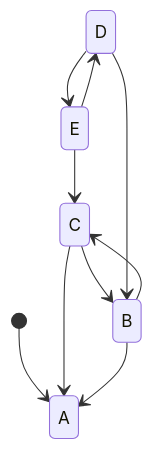
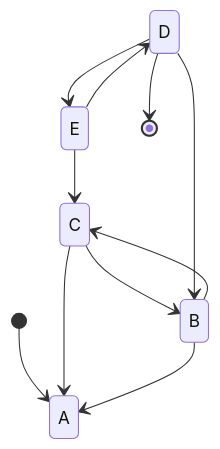
The diagram in Enrutamiento/README.md (GiancarloBenavides/Telematics), drawn with Mermaid before and after one commit. The commit also changed other lines of this file, not shown here.

````diff
--- a/Enrutamiento/README.md
+++ b/Enrutamiento/README.md
@@ -49,12 +49,13 @@
 ```mermaid
 stateDiagram-v2
     [*] --> A
     C --> A
     C --> B   
     B --> A
     B --> C
     D --> B
     D --> E   
     E --> C
     E --> D
+    D --> [*]
 ```
````
